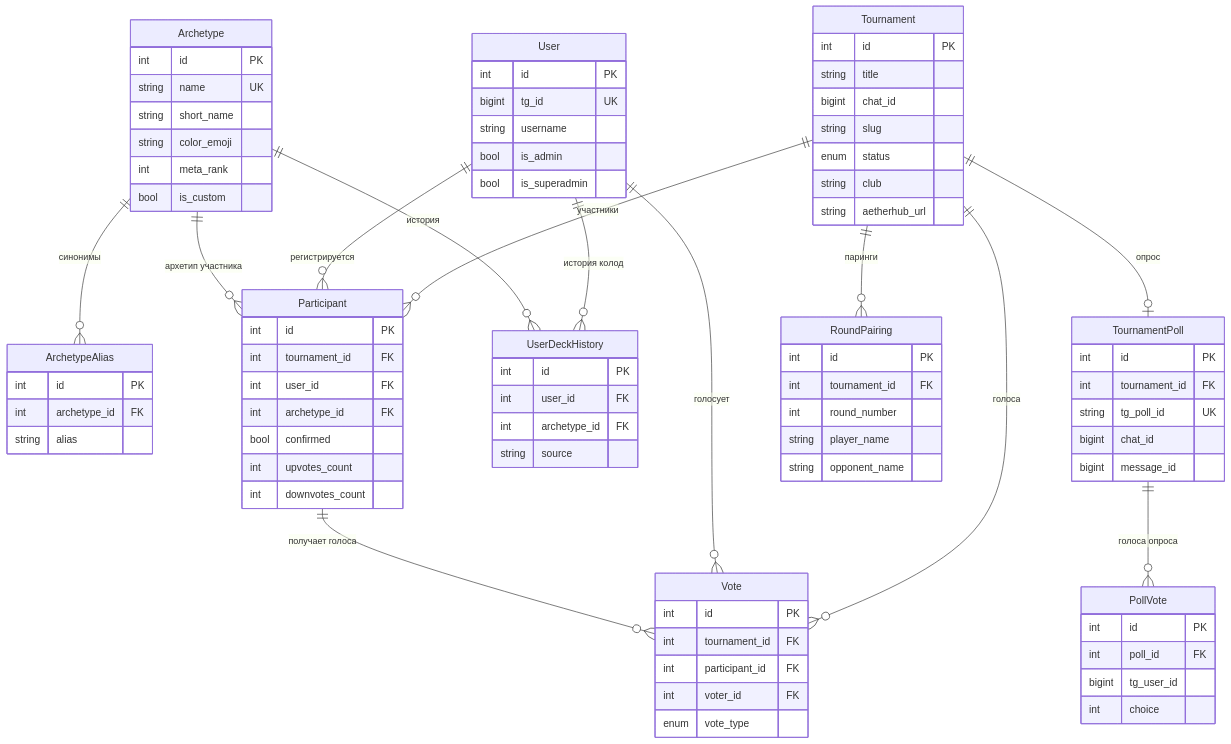
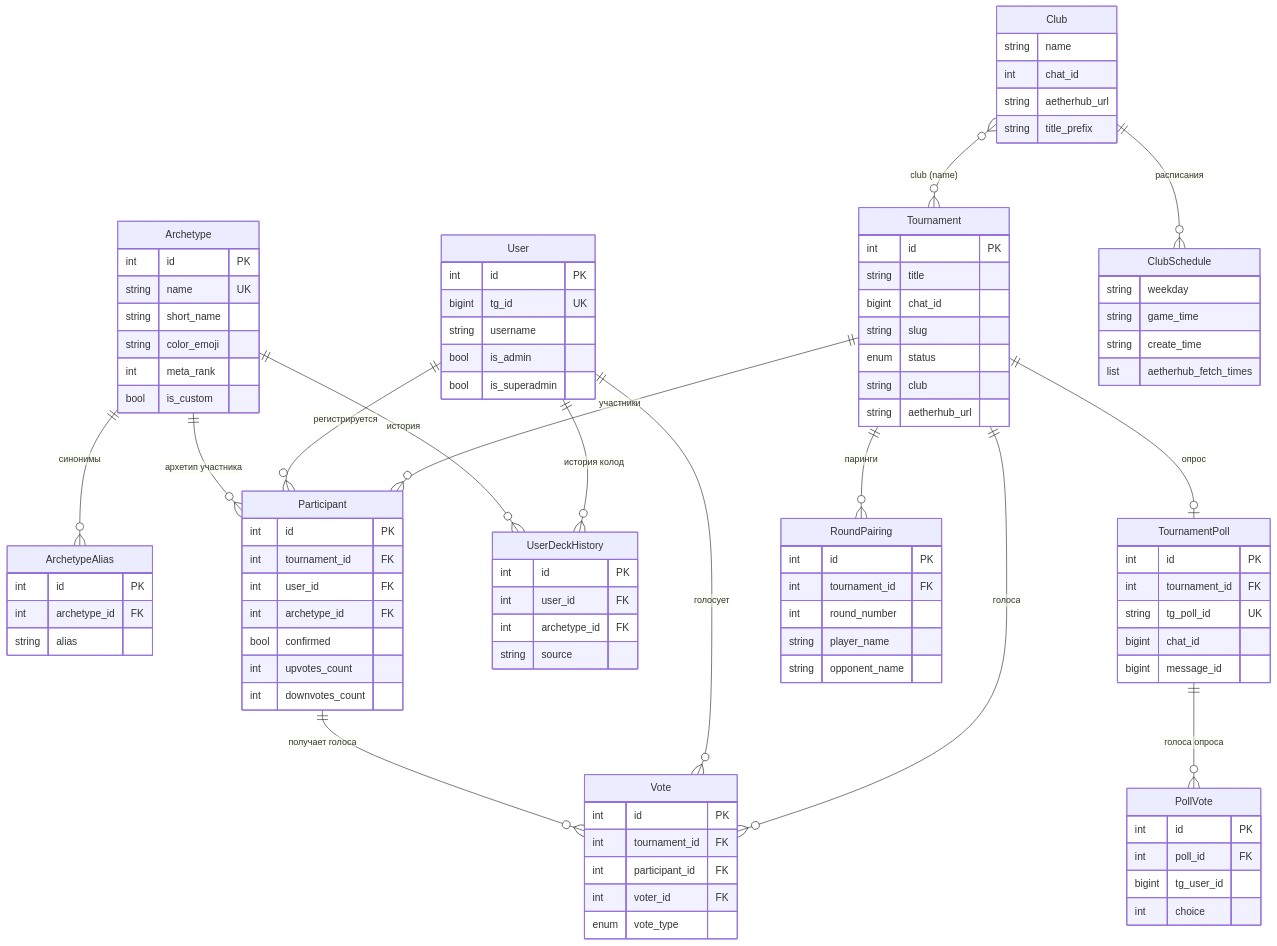
Before and after one commit to mmbabaev/MetaTheGathering: the diagram in docs/er-diagram.md, drawn with Mermaid. The commit also changed 1 other file, not shown here.

Commit message:
docs: add Club and ClubSchedule config entities

```diff
--- a/docs/er-diagram.md
+++ b/docs/er-diagram.md
@@ -83,6 +83,23 @@
         string opponent_name
     }
 
+    Club {
+        string name
+        int chat_id
+        string aetherhub_url
+        string title_prefix
+    }
+
+    ClubSchedule {
+        string weekday
+        string game_time
+        string create_time
+        list aetherhub_fetch_times
+    }
+
+    Club ||--o{ ClubSchedule : "расписания"
+    Club }o--o{ Tournament : "club (name)"
+
     Tournament ||--o{ Participant : "участники"
     Tournament ||--o{ Vote : "голоса"
     Tournament ||--o| TournamentPoll : "опрос"
```
